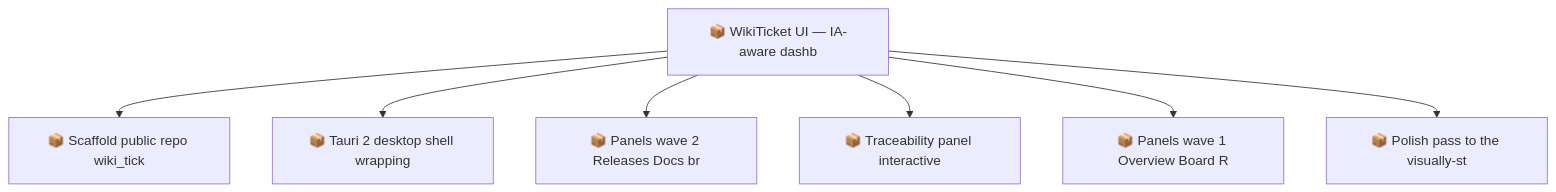
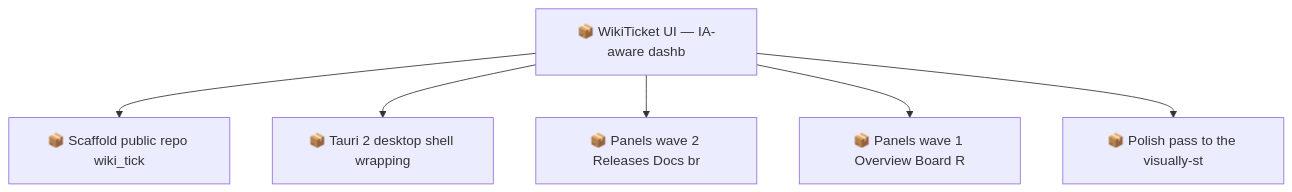
The second of 2 diagrams in docs/roadmap.md (SpillwaveSolutions/wiki_ticket_sdd_ui), drawn with Mermaid before and after one commit. The commit also changed other lines of this file and 4 other files, not shown here.

First line of the commit message:
feat(web): Traceability panel — interactive evidence-chain explorer (#7)

````diff
--- a/docs/roadmap.md
+++ b/docs/roadmap.md
@@ -71,16 +68,14 @@
 ```mermaid
 graph TD
     01KY5ZZX8Y6N7E5YQYP4X1V7VA["📦 Scaffold public repo wiki_tick"]
     01KY5ZZX8YXD5YDJKQGJ3VCCHN["📦 WikiTicket UI — IA-aware dashb"]
     01KY5ZZX8Z46K7BCSPPFKN23JZ["📦 Tauri 2 desktop shell wrapping"]
     01KY5ZZX8ZBF099JH8N2ZRJKKE["📦 Panels wave 2 Releases Docs br"]
-    01KY5ZZX8ZJJX208WYH58MY9WS["📦 Traceability panel interactive"]
     01KY5ZZX8ZTV1ZYR8FYGBEWKJV["📦 Panels wave 1 Overview Board R"]
     01KY5ZZX8ZYPXTMVCGX4AAZQSG["📦 Polish pass to the visually-st"]
     01KY5ZZX8YXD5YDJKQGJ3VCCHN --> 01KY5ZZX8Y6N7E5YQYP4X1V7VA
     01KY5ZZX8YXD5YDJKQGJ3VCCHN --> 01KY5ZZX8Z46K7BCSPPFKN23JZ
     01KY5ZZX8YXD5YDJKQGJ3VCCHN --> 01KY5ZZX8ZBF099JH8N2ZRJKKE
-    01KY5ZZX8YXD5YDJKQGJ3VCCHN --> 01KY5ZZX8ZJJX208WYH58MY9WS
     01KY5ZZX8YXD5YDJKQGJ3VCCHN --> 01KY5ZZX8ZTV1ZYR8FYGBEWKJV
     01KY5ZZX8YXD5YDJKQGJ3VCCHN --> 01KY5ZZX8ZYPXTMVCGX4AAZQSG
 ```
````
